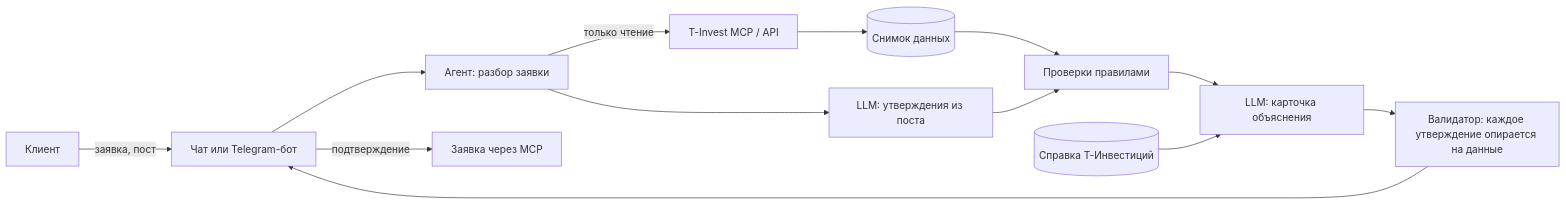
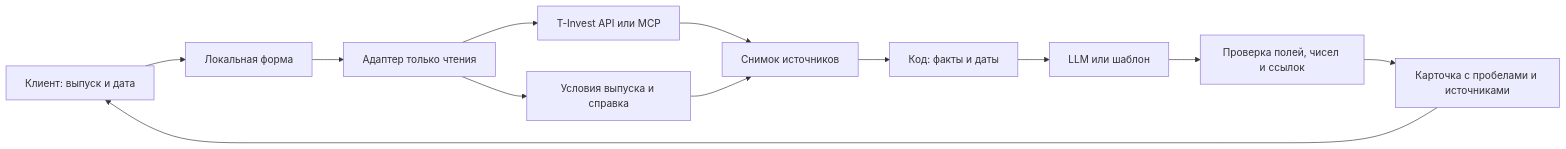
The diagram in docs/product-discovery/iterations/2026-11-14-z/system.md (vafaevelshodbek-png/invest-premarket), drawn with Mermaid before and after one commit. The commit also changed other lines of this file and 25 other files, not shown here.

````diff
--- a/docs/product-discovery/iterations/2026-11-14-z/system.md
+++ b/docs/product-discovery/iterations/2026-11-14-z/system.md
@@ -48,15 +44,14 @@
 ```mermaid
 flowchart LR
-    U[Клиент] -->|заявка, пост| UI[Чат или Telegram-бот]
-    UI --> A[Агент: разбор заявки]
-    A -->|только чтение| MCP[T-Invest MCP / API]
-    MCP --> S[(Снимок данных)]
-    S --> R[Проверки правилами]
-    A --> P[LLM: утверждения из поста]
-    P --> R
-    R --> L[LLM: карточка объяснения]
-    K[(Справка Т-Инвестиций)] --> L
-    L --> V[Валидатор: каждое утверждение опирается на данные]
-    V --> UI
-    UI -->|подтверждение| O[Заявка через MCP]
+    U[Клиент: выпуск и дата] --> F[Локальная форма]
+    F --> A[Адаптер только чтения]
+    A --> T[T-Invest API или MCP]
+    A --> D[Условия выпуска и справка]
+    T --> S[Снимок источников]
+    D --> S
+    S --> R[Код: факты и даты]
+    R --> L[LLM или шаблон]
+    L --> V[Проверка полей, чисел и ссылок]
+    V --> C[Карточка с пробелами и источниками]
+    C --> U
 ```
````
